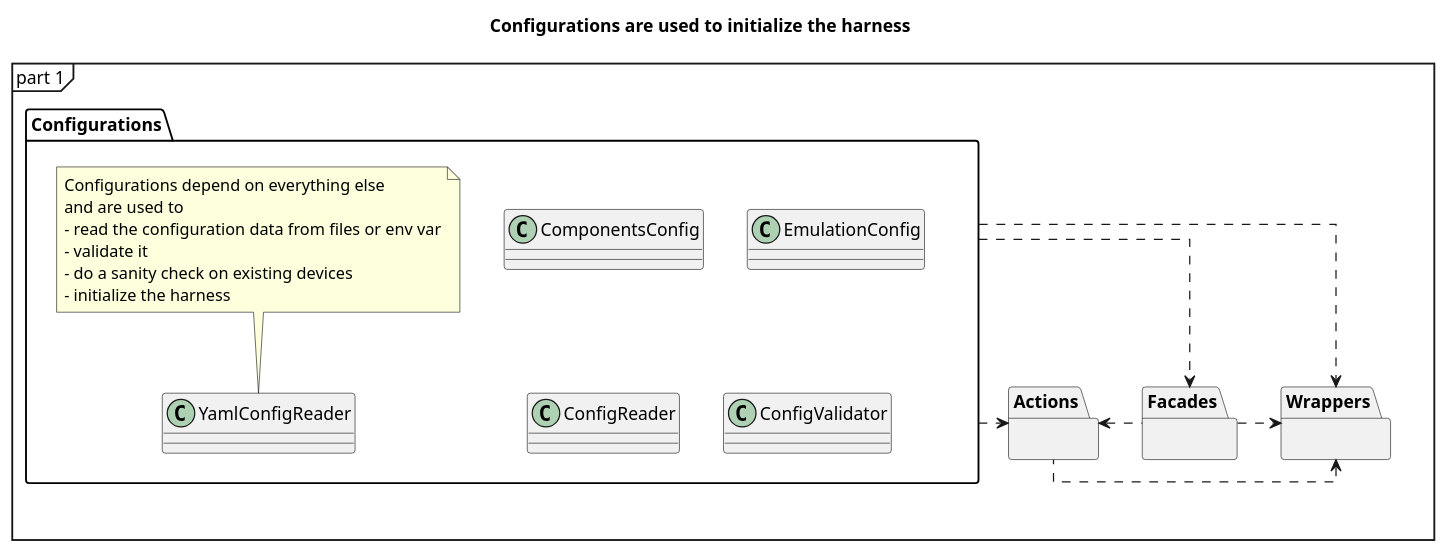
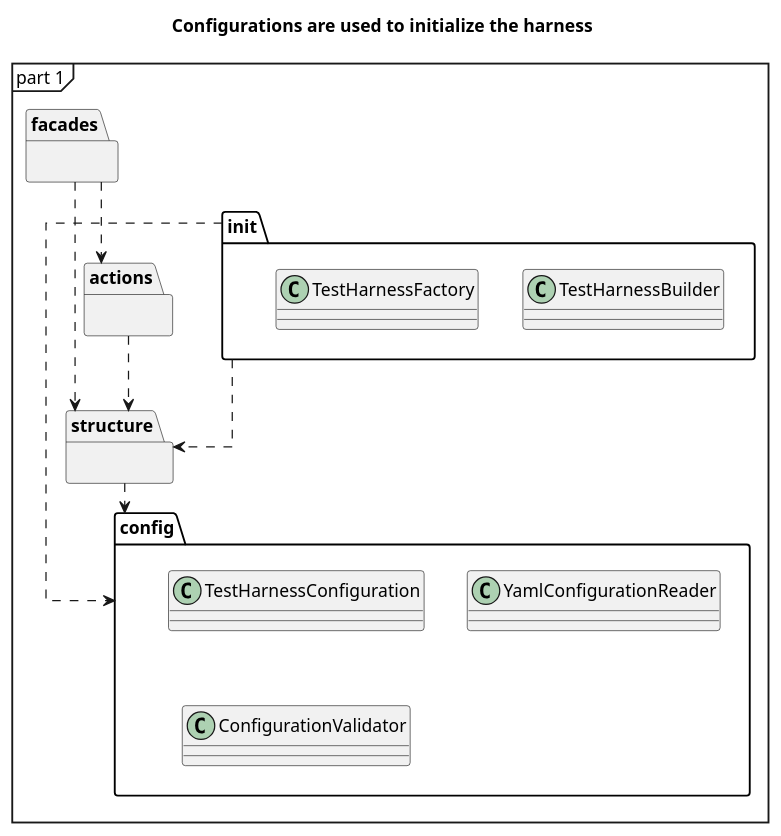
Before and after one commit to ska-telescope/ska-integration-test-harness: the diagram in src/ska_integration_test_harness/architecture-config.plantuml, drawn with PlantUML. The commit also changed 5 other files, not shown here.

Commit message:
OMCPT-77: update UML diagrams

```diff
--- a/src/ska_integration_test_harness/architecture-config.plantuml
+++ b/src/ska_integration_test_harness/architecture-config.plantuml
@@ -1,64 +1,50 @@
 @startuml
 mainframe part 1
 'skinparam packageStyle rectangle
 skinparam linetype ortho
 
 top to bottom direction
 
 title Configurations are used to initialize the harness
 
-package "Configurations" {
-    ' Configuration class to the left of Facades
+package "init" {
 
-    class ComponentsConfig {
+    class TestHarnessBuilder {
     }
-    class EmulationConfig {}
-    class ConfigReader {
+
+    class TestHarnessFactory {
     }
-    class YamlConfigReader {}
-    note top
-Configurations depend on everything else
-and are used to
-- read the configuration data from files or env var
-- validate it
-- do a sanity check on existing devices
-- initialize the harness
-end note
+}
 
-    class ConfigValidator {}
+package "config" {
+
+    class TestHarnessConfiguration {
+    }
+
+    class YamlConfigurationReader {}
+
+    class ConfigurationValidator {}
+}
+
+
+package "facades" {
+}
+
+
+package "structure" {
 
 }
 
-
-' Facades at the top
-package "Facades" {
-
+package "actions" {
 
 }
 
-'Configuration -[hidden]right- Facades
+actions ..> structure
+facades ..> actions
+facades ..> structure
 
-' Wrappers and Devices in the middle
-package "Wrappers" {
-
-}
-
-
-
-package "Actions" {
-
-}
-' ensure Actions are below Wrappers
-'"Wrappers" -[hidden]down--- Actions
-Actions .left.> Wrappers
-"Facades" ..left..> Actions
-"Configurations" ..> Actions
-"Configurations" ..> Facades
-"Configurations" ..> Wrappers
-
-' Stacking packages vertically
-'Facades -[hidden]down- "Wrappers"
-Facades ..right..> "Wrappers"
-
+structure ..> config
+init ..> config
+init ..> structure
 
 @enduml
```
